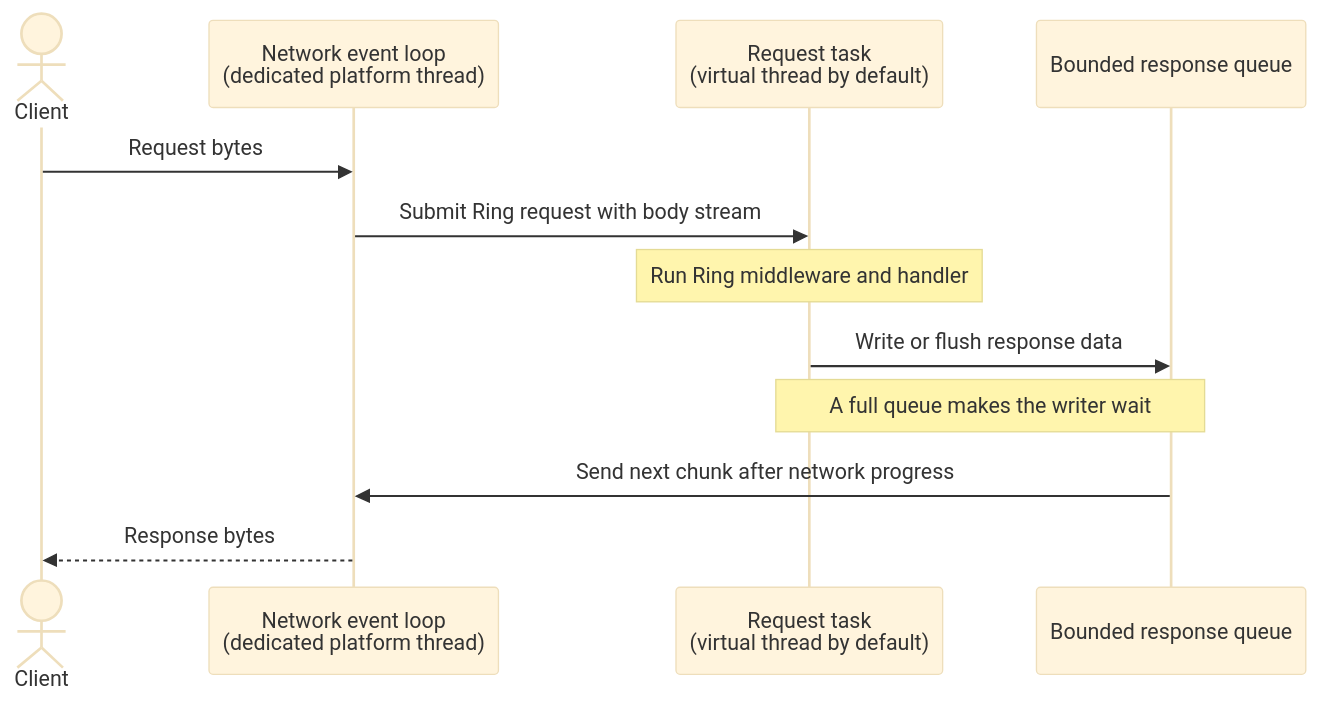
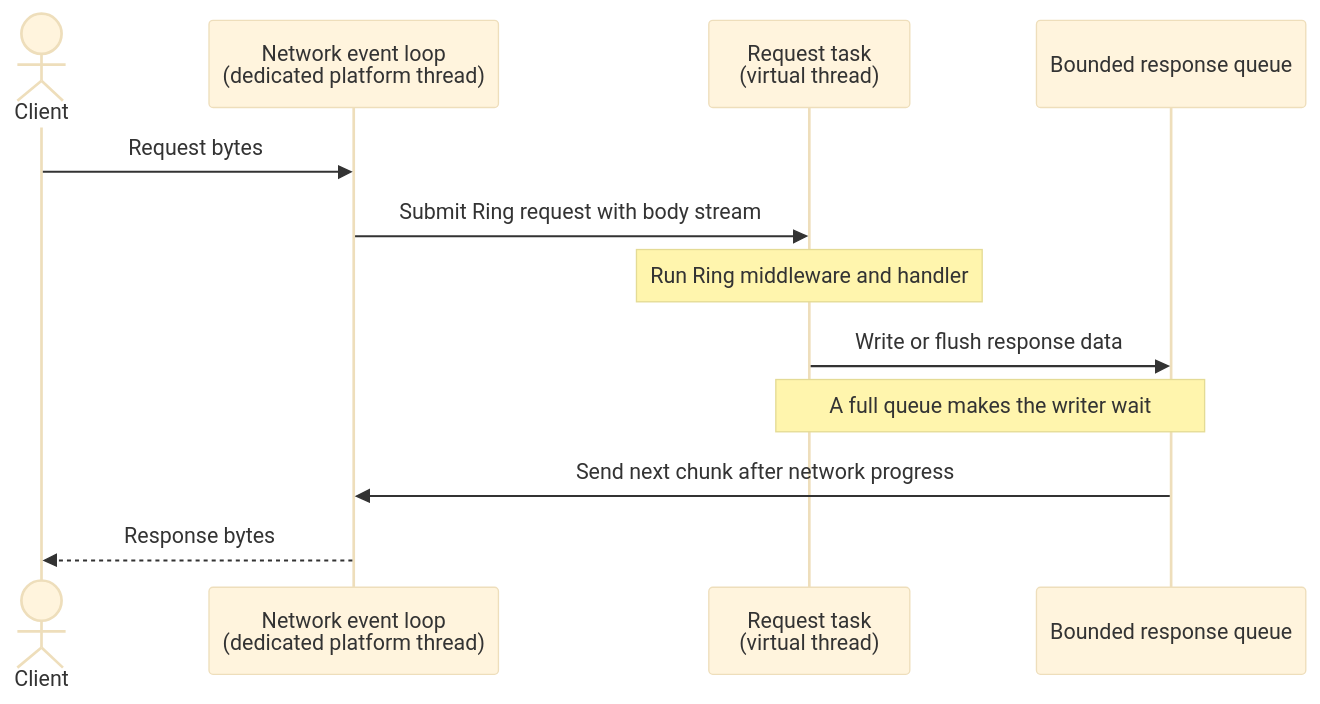
The diagram in doc/modules/ROOT/images/runtime-request-flow.mmd (outskirtslabs/busker), drawn with Mermaid (base theme) before and after one commit. The commit also changed 3 other files, not shown here.

Commit message:
docs/runtime model: correct virtual thread lifecycle

```diff
--- a/doc/modules/ROOT/images/runtime-request-flow.mmd
+++ b/doc/modules/ROOT/images/runtime-request-flow.mmd
@@ -1,13 +1,13 @@
 sequenceDiagram
   actor Client
   participant Network as Network event loop<br/>(dedicated platform thread)
-  participant Task as Request task<br/>(virtual thread by default)
+  participant Task as Request task<br/>(virtual thread)
   participant Queue as Bounded response queue
 
   Client->>Network: Request bytes
   Network->>Task: Submit Ring request with body stream
   Note over Task: Run Ring middleware and handler
   Task->>Queue: Write or flush response data
   Note over Task,Queue: A full queue makes the writer wait
   Queue->>Network: Send next chunk after network progress
   Network-->>Client: Response bytes
```
